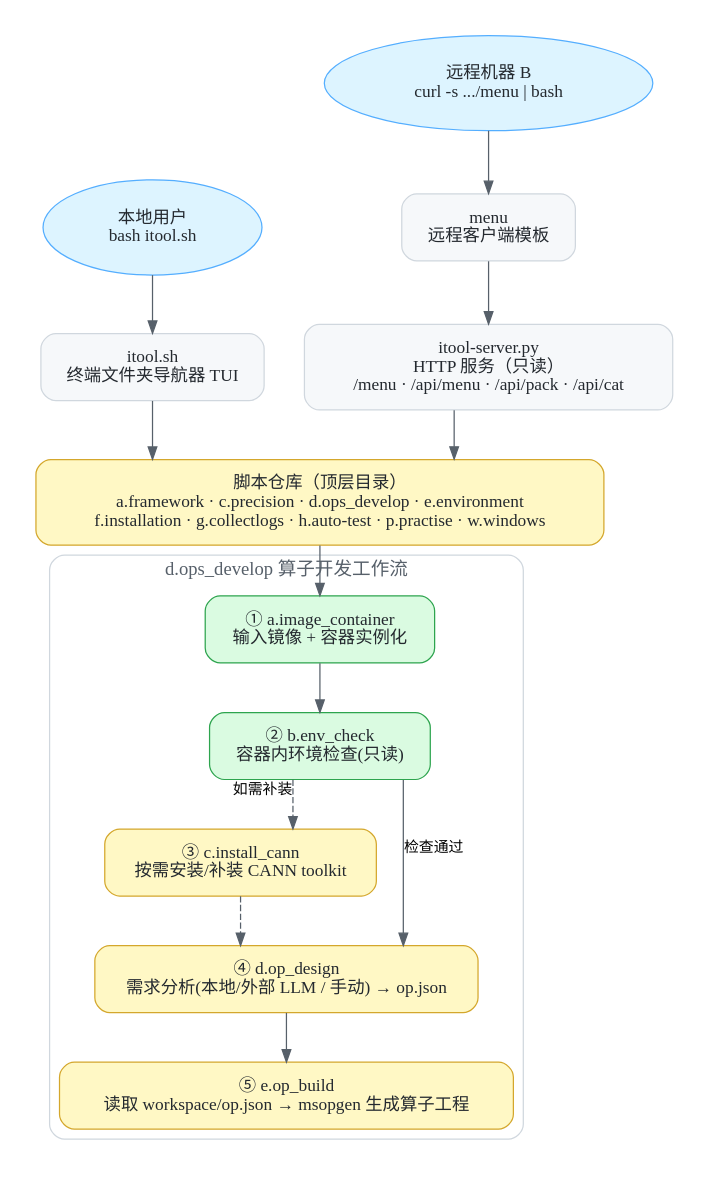
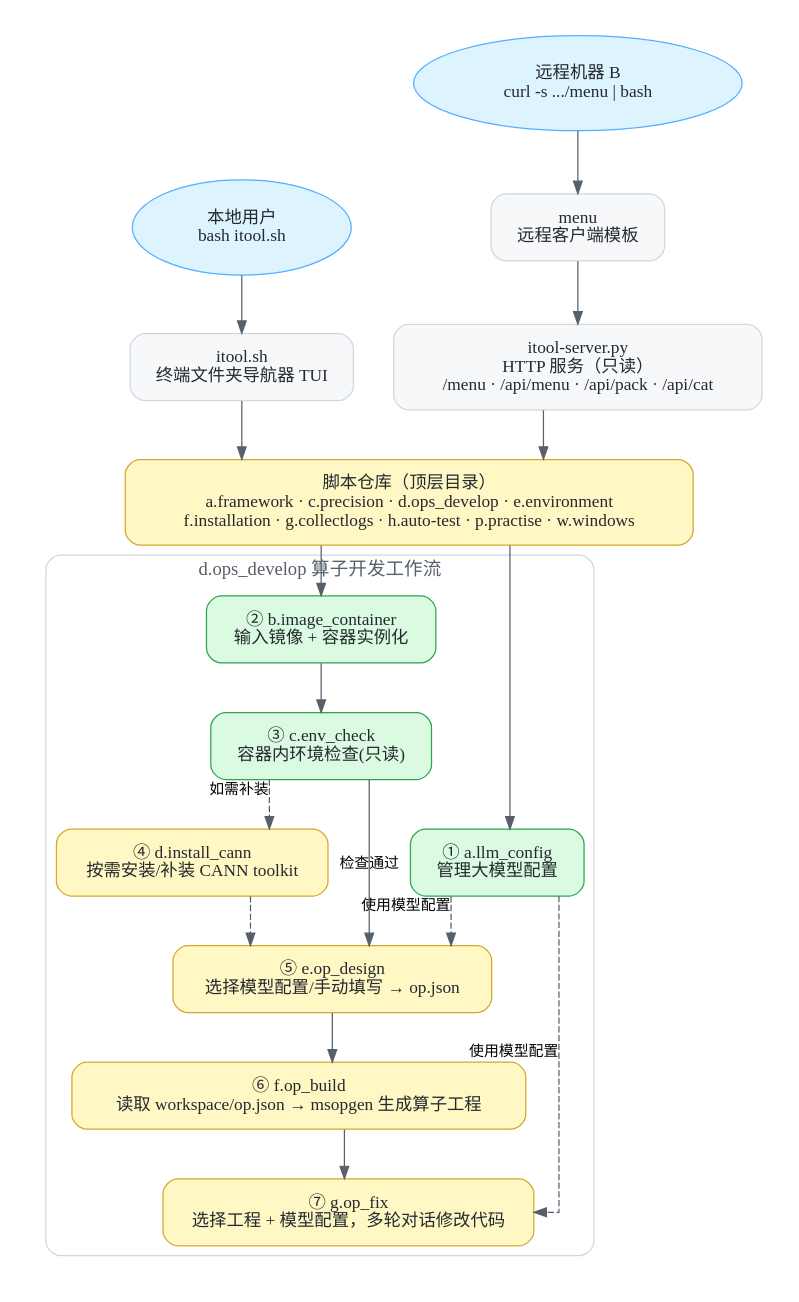
The diagram in docs/itool-flow.dot (qqiushizi/itool), drawn with Graphviz before and after one commit. The commit also changed 24 other files, not shown here.

```diff
--- a/docs/itool-flow.dot
+++ b/docs/itool-flow.dot
@@ -1,68 +1,74 @@
 // itool 项目流程图 (Graphviz DOT)
 // 算子开发 ①→⑦ 流程图, 用于生成 docs/itool-flow.png
 // 重新生成:  dot -Tpng -Gdpi=120 docs/itool-flow.dot -o docs/itool-flow.png
 digraph itool {
   graph [
     rankdir=TB
     splines=ortho
     bgcolor="#ffffff"
     fontname="PingFang SC"
     fontsize=16
     nodesep=0.45
     ranksep=0.55
     pad=0.3
   ];
   node [
     shape=box
     style="rounded,filled"
     fontname="PingFang SC"
     fontsize=14
     fontcolor="#24292f"
     color="#d0d7de"
     fillcolor="#f6f8fa"
     margin="0.28,0.16"
   ];
   edge [
     color="#57606a"
     fontname="PingFang SC"
     fontsize=12
   ];
 
   // ===== 两个入口 =====
   L [label="本地用户\nbash itool.sh", shape=ellipse, fillcolor="#ddf4ff", color="#54aeff"];
   T [label="itool.sh\n终端文件夹导航器 TUI"];
   R [label="远程机器 B\ncurl -s .../menu | bash", shape=ellipse, fillcolor="#ddf4ff", color="#54aeff"];
   C [label="menu\n远程客户端模板"];
   S [label="itool-server.py\nHTTP 服务（只读）\n/menu · /api/menu · /api/pack · /api/cat"];
 
   // ===== 仓库主体 =====
   REPO [label="脚本仓库（顶层目录）\na.framework · c.precision · d.ops_develop · e.environment\nf.installation · g.collectlogs · h.auto-test · p.practise · w.windows", fillcolor="#fff8c5", color="#d4a72c"];
 
   // ===== 算子开发工作流 =====
   subgraph cluster_ops {
     label="d.ops_develop 算子开发工作流";
     style="rounded,filled";
     color="#d0d7de";
     fillcolor="#ffffff";
     fontcolor="#57606a";
     fontsize=15;
 
-    S1 [label="① a.image_container\n输入镜像 + 容器实例化", fillcolor="#dafbe1", color="#2da44e"];
-    S2 [label="② b.env_check\n容器内环境检查(只读)", fillcolor="#dafbe1", color="#2da44e"];
-    S3 [label="③ c.install_cann\n按需安装/补装 CANN toolkit", fillcolor="#fff8c5", color="#d4a72c"];
-    S4 [label="④ d.op_design\n需求分析(本地/外部 LLM / 手动) → op.json", fillcolor="#fff8c5", color="#d4a72c"];
-    S5 [label="⑤ e.op_build\n读取 workspace/op.json → msopgen 生成算子工程", fillcolor="#fff8c5", color="#d4a72c"];
+    S0 [label="① a.llm_config\n管理大模型配置", fillcolor="#dafbe1", color="#2da44e"];
+    S1 [label="② b.image_container\n输入镜像 + 容器实例化", fillcolor="#dafbe1", color="#2da44e"];
+    S2 [label="③ c.env_check\n容器内环境检查(只读)", fillcolor="#dafbe1", color="#2da44e"];
+    S3 [label="④ d.install_cann\n按需安装/补装 CANN toolkit", fillcolor="#fff8c5", color="#d4a72c"];
+    S4 [label="⑤ e.op_design\n选择模型配置/手动填写 → op.json", fillcolor="#fff8c5", color="#d4a72c"];
+    S5 [label="⑥ f.op_build\n读取 workspace/op.json → msopgen 生成算子工程", fillcolor="#fff8c5", color="#d4a72c"];
+    S6 [label="⑦ g.op_fix\n选择工程 + 模型配置，多轮对话修改代码", fillcolor="#fff8c5", color="#d4a72c"];
   }
 
   // ===== 连线 =====
   L -> T;
   R -> C -> S;
   T -> REPO;
   S -> REPO;
+  REPO -> S0;
   REPO -> S1;
   S1 -> S2;
   S2 -> S3 [style=dashed, xlabel="如需补装"];
   S3 -> S4 [style=dashed];
   S2 -> S4 [xlabel="检查通过"];
   S4 -> S5;
+  S5 -> S6;
+  S0 -> S4 [style=dashed, xlabel="使用模型配置"];
+  S0 -> S6 [style=dashed, xlabel="使用模型配置"];
 }
```
